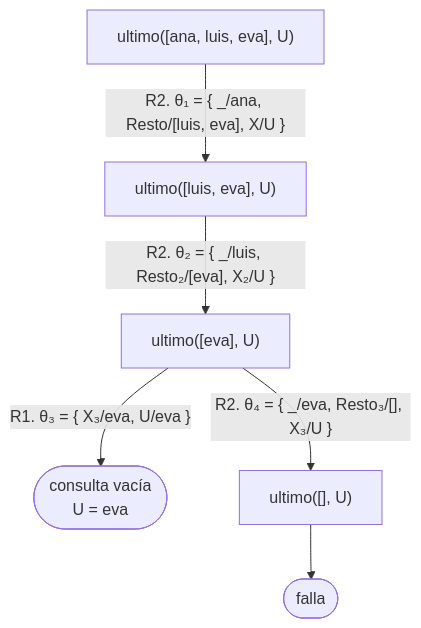
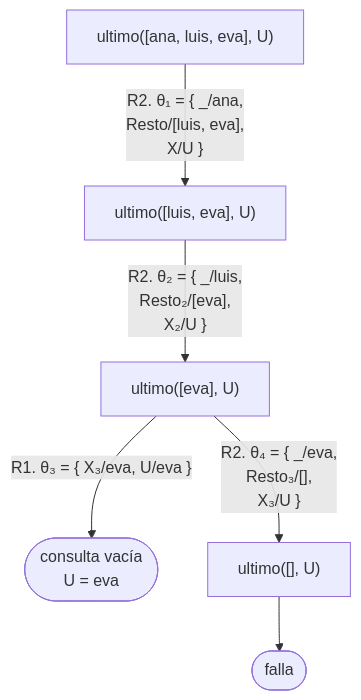
One commit to CesarBallardini/curso-de-prolog changed the ninth of 10 diagrams in docs/capitulo-07-listas/index.md. Above: the diagram before and after it, drawn with Mermaid. The commit also changed other lines of this file and 24 other files, not shown here.

First line of the commit message:
feat(docs): botones para ocultar las columnas laterales y etiquetas cortas en los diagramas

````diff
--- a/docs/capitulo-07-listas/index.md
+++ b/docs/capitulo-07-listas/index.md
@@ -525,8 +525,8 @@
 ```mermaid
 flowchart TD
-    A["ultimo([ana, luis, eva], U)"] -- "R2. θ₁ = {&nbsp;_/ana, Resto/[luis, eva], X/U&nbsp;}" --> B["ultimo([luis, eva], U)"]
-    B -- "R2. θ₂ = {&nbsp;_/luis, Resto₂/[eva], X₂/U&nbsp;}" --> C["ultimo([eva], U)"]
+    A["ultimo([ana, luis, eva], U)"] -- "R2. θ₁ = {&nbsp;_/ana,<br/>Resto/[luis, eva],<br/>X/U&nbsp;}" --> B["ultimo([luis, eva], U)"]
+    B -- "R2. θ₂ = {&nbsp;_/luis,<br/>Resto₂/[eva],<br/>X₂/U&nbsp;}" --> C["ultimo([eva], U)"]
     C -- "R1. θ₃ = {&nbsp;X₃/eva, U/eva&nbsp;}" --> S(["consulta vacía<br/>U = eva"])
-    C -- "R2. θ₄ = {&nbsp;_/eva, Resto₃/[], X₃/U&nbsp;}" --> D["ultimo([], U)"]
+    C -- "R2. θ₄ = {&nbsp;_/eva,<br/>Resto₃/[],<br/>X₃/U&nbsp;}" --> D["ultimo([], U)"]
     D --> F(["falla"])
 ```
````
